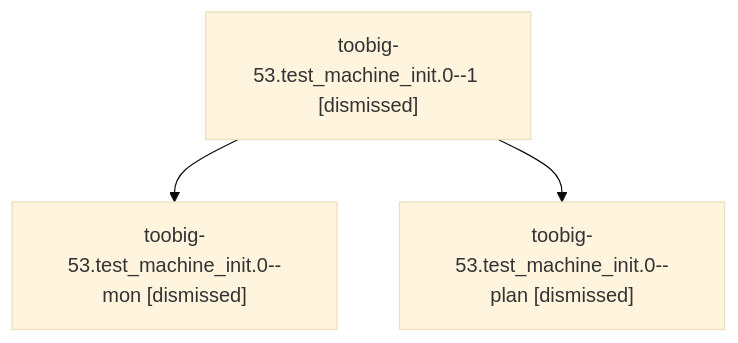
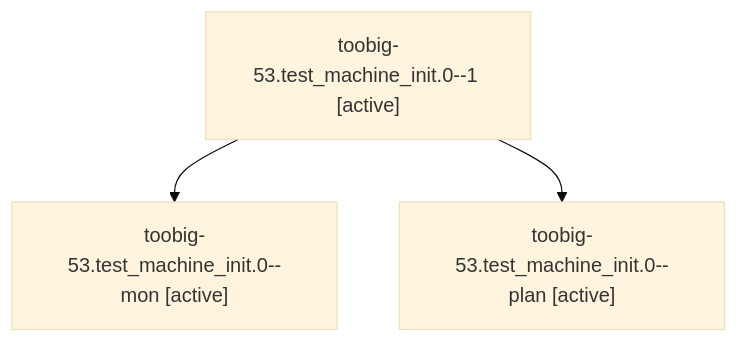
One commit to sase-org/sase--agents changed the diagram in families/bbugyi200.athena.toobig-53.test_machine_init.0.md. Above: the diagram before and after it, drawn with Mermaid (base theme). The commit also changed other lines of this file and 35830 other files, not shown here.

````diff
--- a/families/bbugyi200.athena.toobig-53.test_machine_init.0.md
+++ b/families/bbugyi200.athena.toobig-53.test_machine_init.0.md
@@ -9,8 +9,8 @@
 ```mermaid
 flowchart TD
-  n0["toobig-53.test_machine_init.0--1 [dismissed]"]
-  n1["toobig-53.test_machine_init.0--mon [dismissed]"]
+  n0["toobig-53.test_machine_init.0--1 [active]"]
+  n1["toobig-53.test_machine_init.0--mon [active]"]
   n0 --> n1
-  n2["toobig-53.test_machine_init.0--plan [dismissed]"]
+  n2["toobig-53.test_machine_init.0--plan [active]"]
   n0 --> n2
 ```
````
